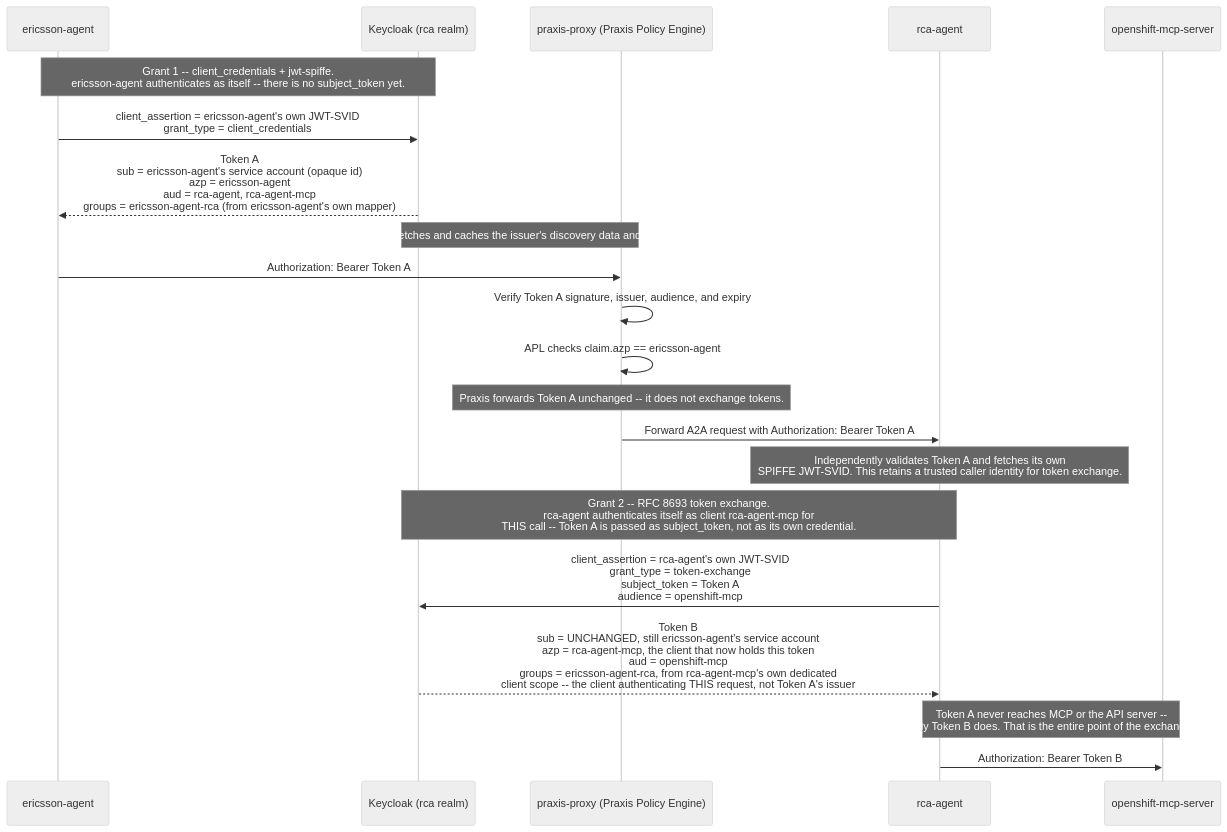
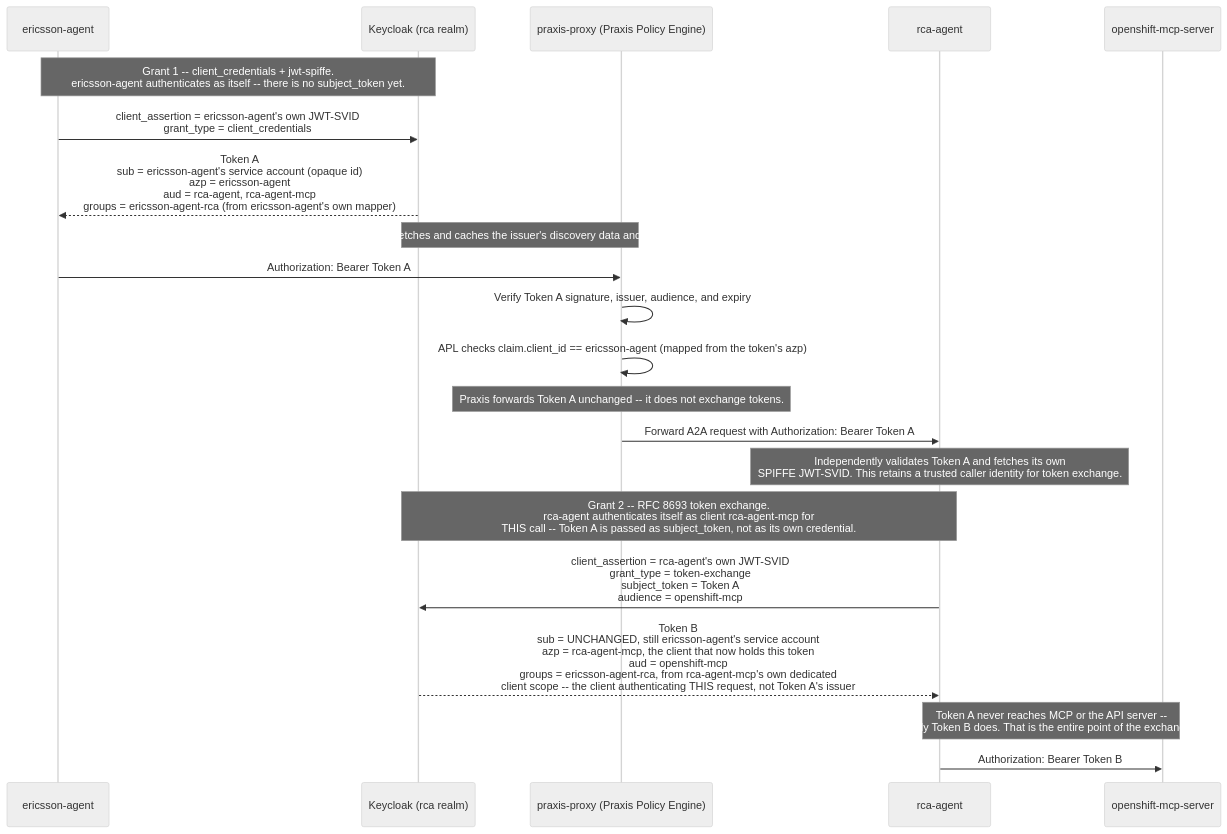
Before and after one commit to luis5tb/multicloud-gitops: the second of 2 diagrams in agents/AUTHENTICATION.md, drawn with Mermaid (neutral theme). The commit also changed other lines of this file and 2 other files, not shown here.

First line of the commit message:
fix(praxis): match claim.client_id, not azp, in the APL allow-list

````diff
--- a/agents/AUTHENTICATION.md
+++ b/agents/AUTHENTICATION.md
@@ -135,28 +135,28 @@
 ```mermaid
 sequenceDiagram
     participant Eric as ericsson-agent
     participant KC as Keycloak (rca realm)
     participant Praxis as praxis-proxy (Praxis Policy Engine)
     participant RCA as rca-agent
     participant MCP as openshift-mcp-server
 
     Note over Eric,KC: Grant 1 -- client_credentials + jwt-spiffe.<br/>ericsson-agent authenticates as itself -- there is no subject_token yet.
     Eric->>KC: client_assertion = ericsson-agent's own JWT-SVID<br/>grant_type = client_credentials
     KC-->>Eric: Token A<br/>sub = ericsson-agent's service account (opaque id)<br/>azp = ericsson-agent<br/>aud = rca-agent, rca-agent-mcp<br/>groups = ericsson-agent-rca (from ericsson-agent's own mapper)
 
     Note over Praxis,KC: Praxis fetches and caches the issuer's discovery data and JWKS.
     Eric->>Praxis: Authorization: Bearer Token A
     Praxis->>Praxis: Verify Token A signature, issuer, audience, and expiry
-    Praxis->>Praxis: APL checks claim.azp == ericsson-agent
+    Praxis->>Praxis: APL checks claim.client_id == ericsson-agent (mapped from the token's azp)
     Note over Praxis: Praxis forwards Token A unchanged -- it does not exchange tokens.
     Praxis->>RCA: Forward A2A request with Authorization: Bearer Token A
 
     Note over RCA: Independently validates Token A and fetches its own<br/>SPIFFE JWT-SVID. This retains a trusted caller identity for token exchange.
 
     Note over RCA,KC: Grant 2 -- RFC 8693 token exchange.<br/>rca-agent authenticates itself as client rca-agent-mcp for<br/>THIS call -- Token A is passed as subject_token, not as its own credential.
     RCA->>KC: client_assertion = rca-agent's own JWT-SVID<br/>grant_type = token-exchange<br/>subject_token = Token A<br/>audience = openshift-mcp
     KC-->>RCA: Token B<br/>sub = UNCHANGED, still ericsson-agent's service account<br/>azp = rca-agent-mcp, the client that now holds this token<br/>aud = openshift-mcp<br/>groups = ericsson-agent-rca, from rca-agent-mcp's own dedicated<br/>client scope -- the client authenticating THIS request, not Token A's issuer
 
     Note over RCA,MCP: Token A never reaches MCP or the API server --<br/>only Token B does. That is the entire point of the exchange.
     RCA->>MCP: Authorization: Bearer Token B
 ```
````
